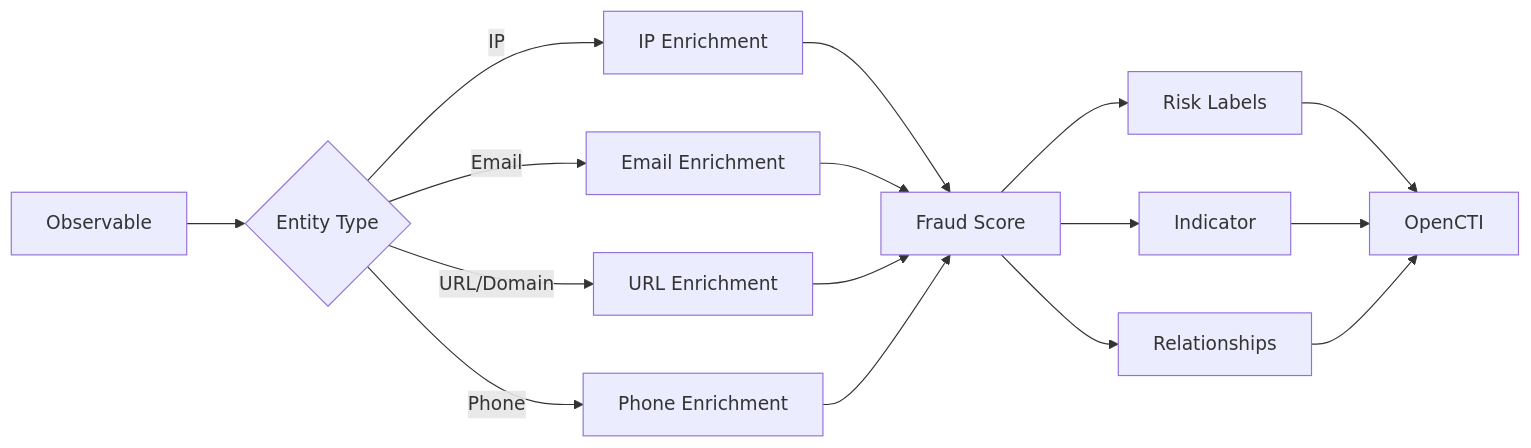
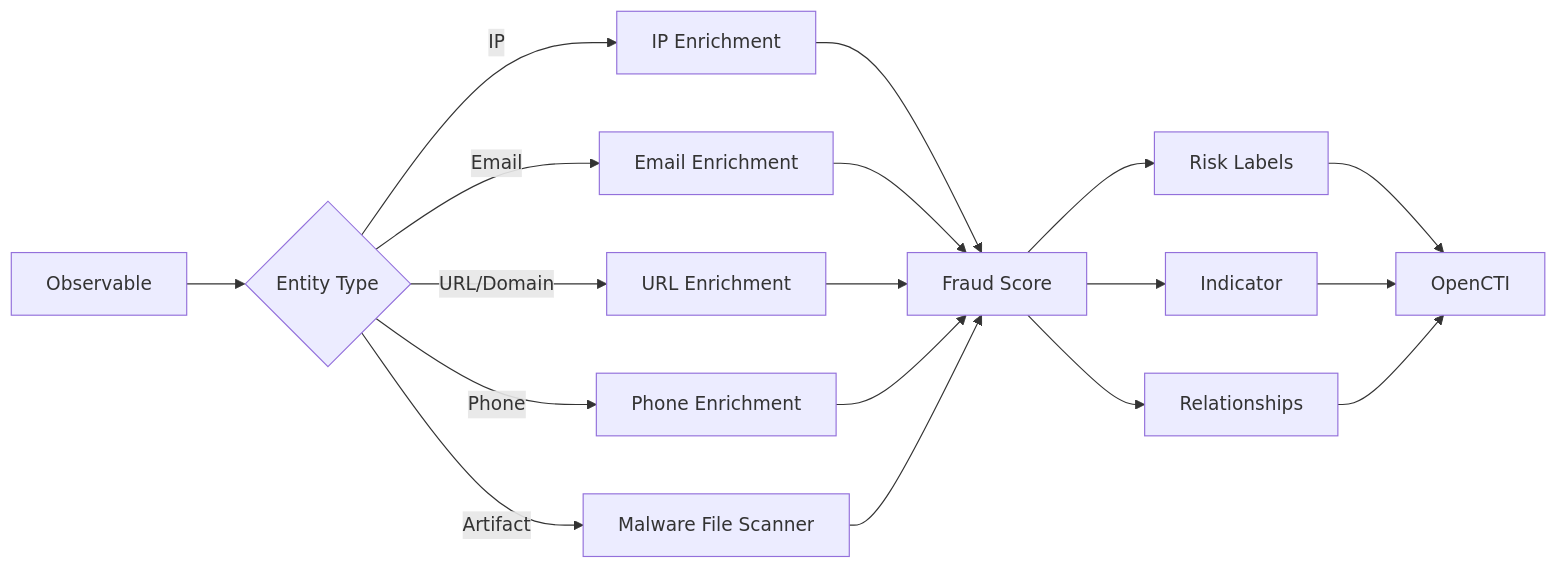
One commit to OpenCTI-Platform/connectors changed the diagram in internal-enrichment/ipqs/README.md. Above: the diagram before and after it, drawn with Mermaid. The commit also changed other lines of this file and 10 other files, not shown here.

Commit message:
[ipqs] Integrate IPQS Malware File Scanner into the existing connector (#6199)

````diff
--- a/internal-enrichment/ipqs/README.md
+++ b/internal-enrichment/ipqs/README.md
@@ -142,18 +152,20 @@
 ```mermaid
 flowchart LR
     A[Observable] --> B{Entity Type}
     B -->|IP| C[IP Enrichment]
     B -->|Email| D[Email Enrichment]
     B -->|URL/Domain| E[URL Enrichment]
     B -->|Phone| F[Phone Enrichment]
+    B -->|Artifact| AF[Malware File Scanner]
     C --> G[Fraud Score]
     D --> G
     E --> G
     F --> G
+    AF --> G
     G --> H[Risk Labels]
     G --> I[Indicator]
     G --> J[Relationships]
     H --> K[OpenCTI]
     I --> K
     J --> K
 ```
````
